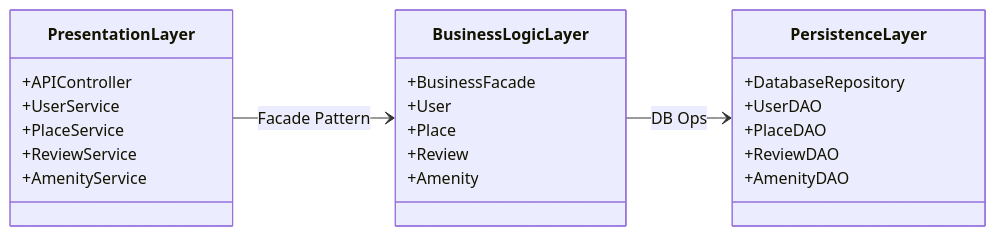
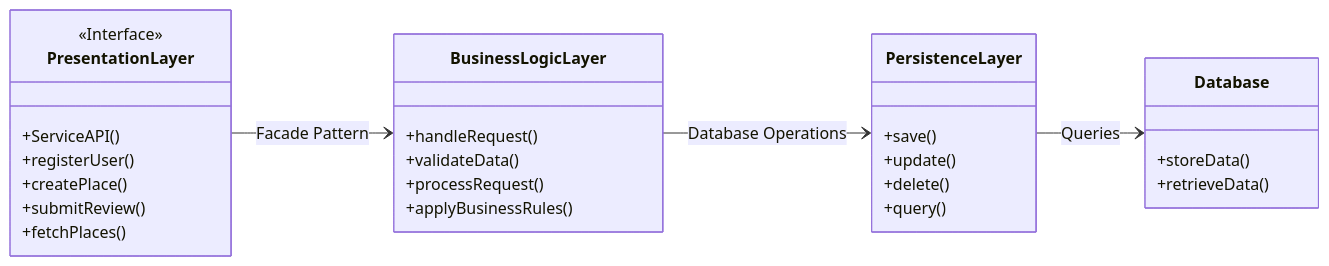
Before and after one commit to DerickJoel-dev/holbertonschool-hbnb: the diagram in docs_and_architecture/high_level_diagram/high_lvl_package_diagram.mmd, drawn with Mermaid.

```diff
--- a/docs_and_architecture/high_level_diagram/high_lvl_package_diagram.mmd
+++ b/docs_and_architecture/high_level_diagram/high_lvl_package_diagram.mmd
@@ -1,33 +1,39 @@
 classDiagram
 direction LR
 
 %% Presentation Layer
 class PresentationLayer {
-    +APIController
-    +UserService
-    +PlaceService
-    +ReviewService
-    +AmenityService
+    <<Interface>>
+    +ServiceAPI()
+    +registerUser()
+    +createPlace()
+    +submitReview()
+    +fetchPlaces()
 }
 
 %% Business Logic Layer
 class BusinessLogicLayer {
-    +BusinessFacade
-    +User
-    +Place
-    +Review
-    +Amenity
+    +handleRequest()
+    +validateData()
+    +processRequest()
+    +applyBusinessRules()
 }
 
 %% Persistence Layer
 class PersistenceLayer {
-    +DatabaseRepository
-    +UserDAO
-    +PlaceDAO
-    +ReviewDAO
-    +AmenityDAO
+    +save()
+    +update()
+    +delete()
+    +query()
 }
 
-%% Relaciones
+%% Database
+class Database {
+    +storeData()
+    +retrieveData()
+}
+
+%% Layer Interactions
 PresentationLayer --> BusinessLogicLayer : Facade Pattern
-BusinessLogicLayer --> PersistenceLayer : DB Ops
+BusinessLogicLayer --> PersistenceLayer : Database Operations
+PersistenceLayer --> Database : Queries
```
